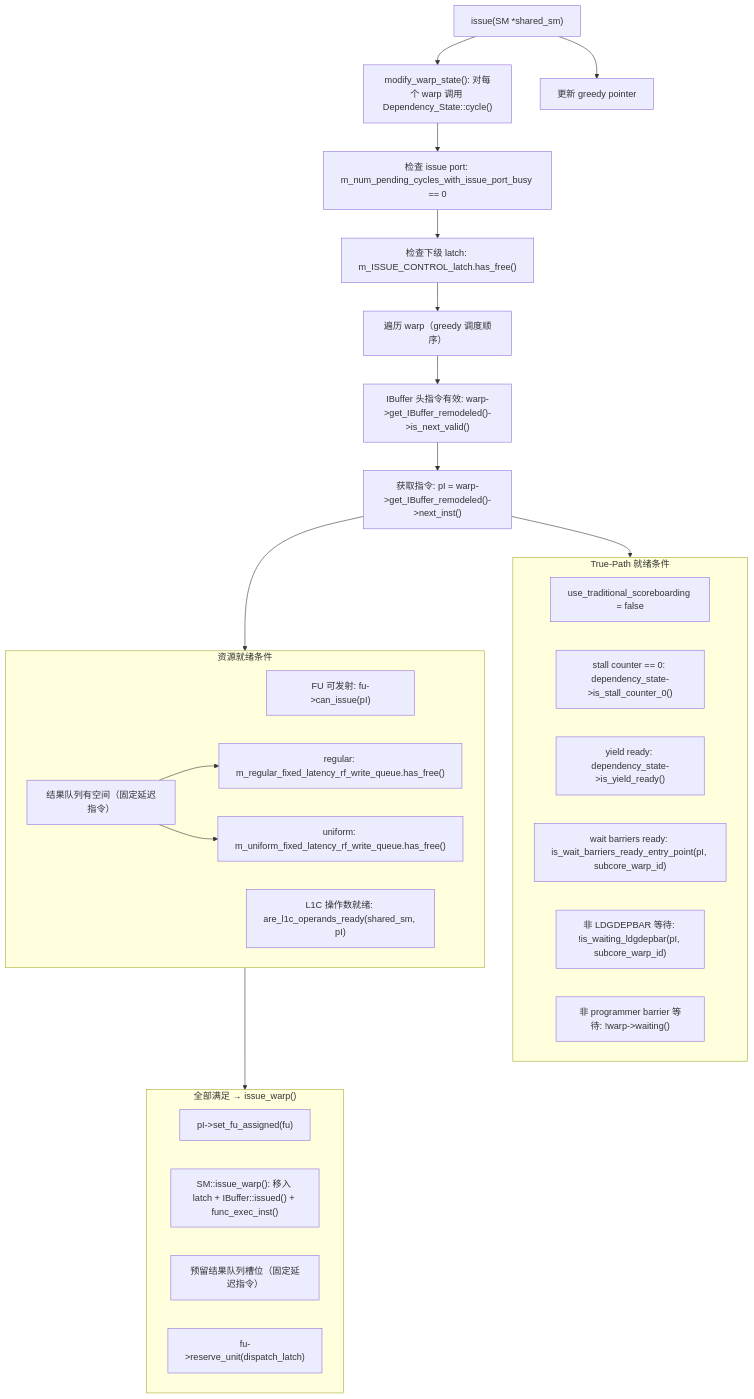
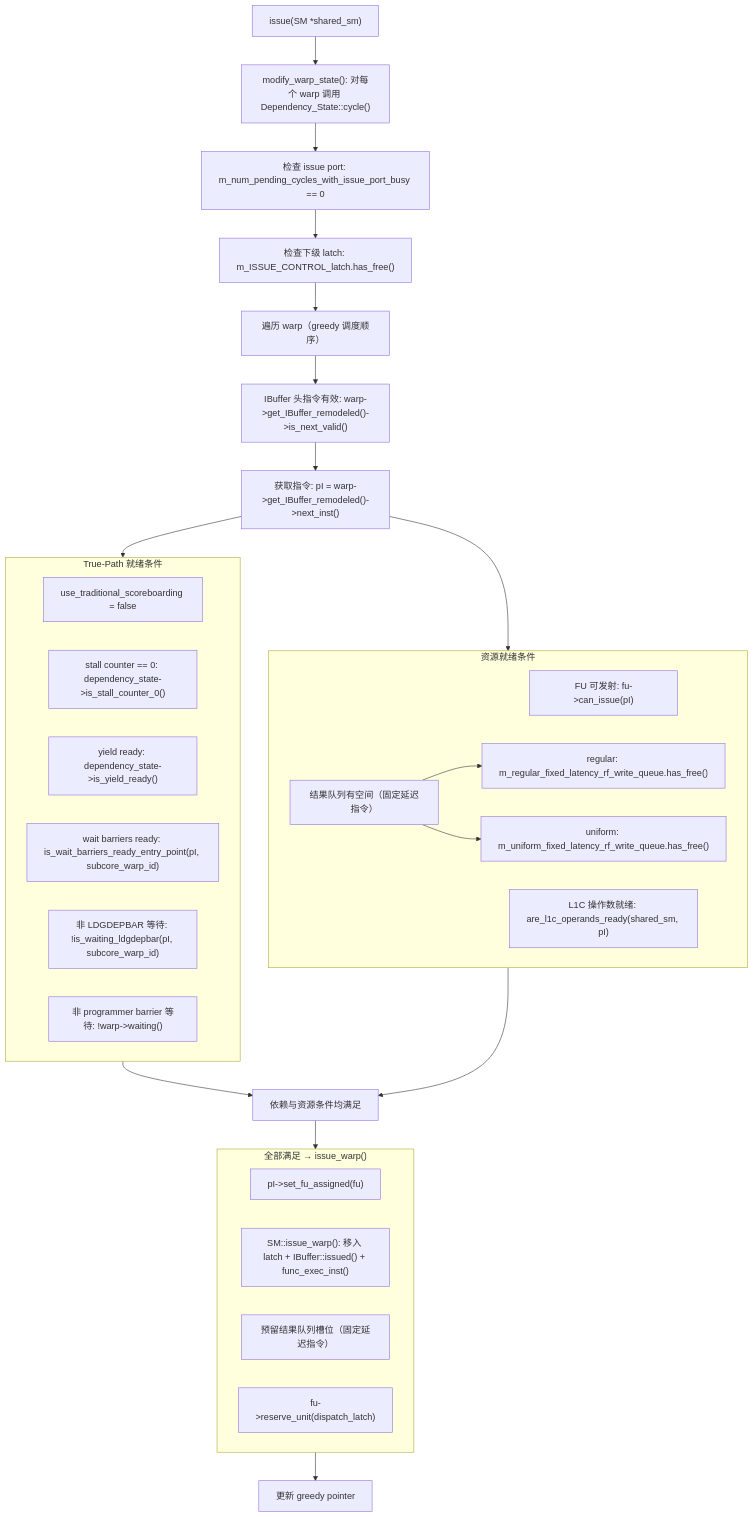
Before and after one commit to dzwduan/modern-gpu-simulator-micro-2025: the fifth of 12 diagrams in docs/detailed-design/03-Subcore流水线设计.md, drawn with Mermaid. The commit also changed other lines of this file and 5 other files, not shown here.

Commit message:
docs(detailed-design): fix Mermaid diagram semantics and parser compatibility

````diff
--- a/docs/detailed-design/03-Subcore流水线设计.md
+++ b/docs/detailed-design/03-Subcore流水线设计.md
@@ -418,44 +419,47 @@
 ```mermaid
 flowchart TD
     ISS["issue(SM *shared_sm)"]
     MOD["modify_warp_state(): 对每个 warp 调用 Dependency_State::cycle()"]
     CHK1["检查 issue port: m_num_pending_cycles_with_issue_port_busy == 0"]
     CHK2["检查下级 latch: m_ISSUE_CONTROL_latch.has_free()"]
     LOOP["遍历 warp（greedy 调度顺序）"]
     IB["IBuffer 头指令有效: warp->get_IBuffer_remodeled()->is_next_valid()"]
     GETPI["获取指令: pI = warp->get_IBuffer_remodeled()->next_inst()"]
 
     subgraph TP["True-Path 就绪条件"]
         TP1["use_traditional_scoreboarding = false"]
         TP2["stall counter == 0: dependency_state->is_stall_counter_0()"]
         TP3["yield ready: dependency_state->is_yield_ready()"]
         TP4["wait barriers ready: is_wait_barriers_ready_entry_point(pI, subcore_warp_id)"]
         TP5["非 LDGDEPBAR 等待: !is_waiting_ldgdepbar(pI, subcore_warp_id)"]
         TP6["非 programmer barrier 等待: !warp->waiting()"]
     end
 
     subgraph RES["资源就绪条件"]
         R1["FU 可发射: fu->can_issue(pI)"]
         R2["L1C 操作数就绪: are_l1c_operands_ready(shared_sm, pI)"]
         R3["结果队列有空间（固定延迟指令）"]
         R3A["regular: m_regular_fixed_latency_rf_write_queue.has_free()"]
         R3B["uniform: m_uniform_fixed_latency_rf_write_queue.has_free()"]
         R3 --> R3A & R3B
     end
 
     subgraph IW["全部满足 → issue_warp()"]
         IW1["pI->set_fu_assigned(fu)"]
         IW2["SM::issue_warp(): 移入 latch + IBuffer::issued() + func_exec_inst()"]
         IW3["预留结果队列槽位（固定延迟指令）"]
         IW4["fu->reserve_unit(dispatch_latch)"]
     end
 
     GP["更新 greedy pointer"]
+    GATE["依赖与资源条件均满足"]
 
     ISS --> MOD --> CHK1 --> CHK2 --> LOOP
     LOOP --> IB --> GETPI
     GETPI --> TP
     GETPI --> RES
-    RES --> IW
-    ISS --> GP
+    TP --> GATE
+    RES --> GATE
+    GATE --> IW
+    IW --> GP
 ```
````
